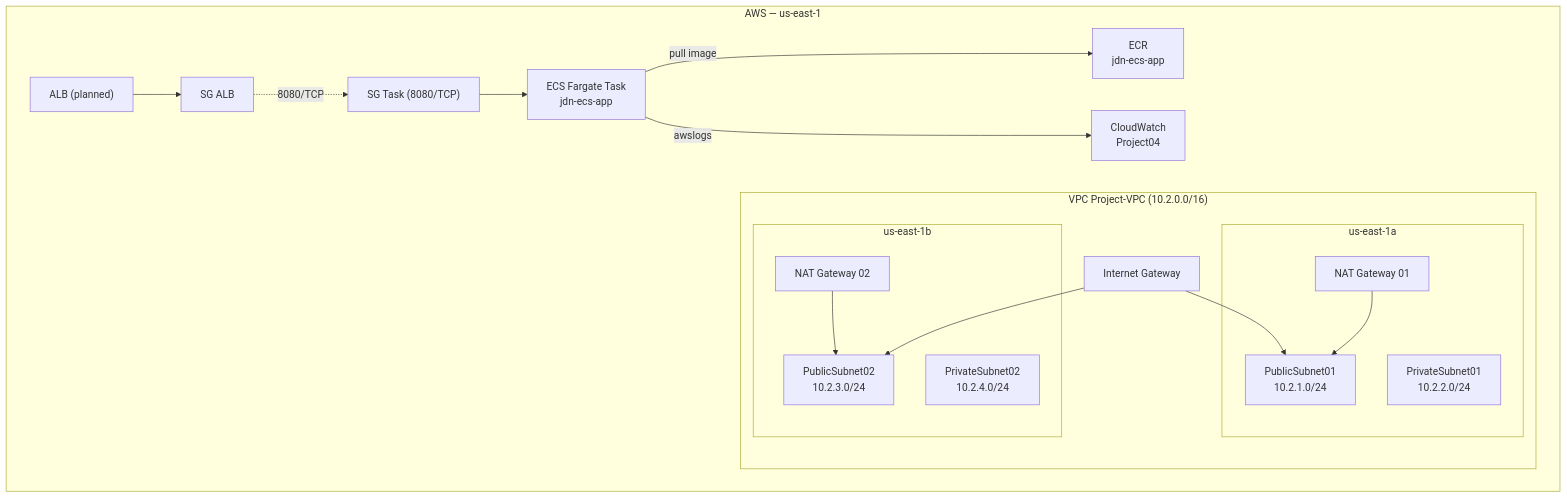
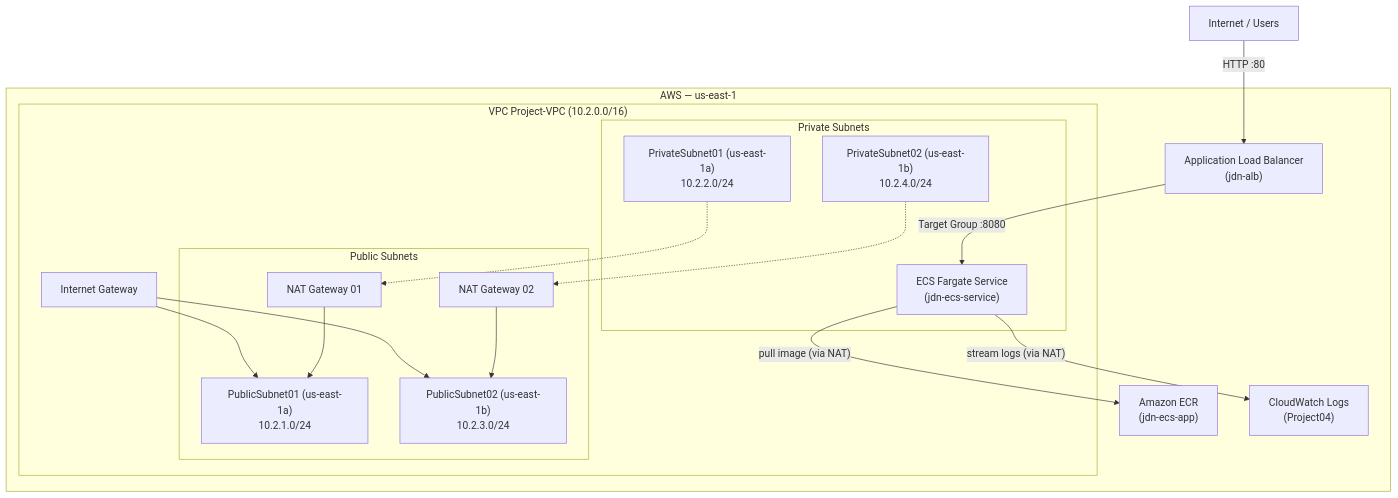
One commit to LucasJdn/aws-terraform-ecs-fargate changed the diagram in README.md. Above: the diagram before and after it, drawn with Mermaid. The commit also changed other lines of this file and 4 other files, not shown here.

Commit message:
feat: add ECS Fargate service resource and wire network, security, and load balancer dependencies

````diff
--- a/README.md
+++ b/README.md
@@ -30,34 +27,35 @@
 ```mermaid
 graph TD
+    Client["Internet / Users"] -->|"HTTP :80"| ALB["Application Load Balancer<br/>(jdn-alb)"]
+
     subgraph AWS["AWS — us-east-1"]
         subgraph VPC["VPC Project-VPC (10.2.0.0/16)"]
             IGW["Internet Gateway"]
-            subgraph AZa["us-east-1a"]
-                Pub1["PublicSubnet01<br/>10.2.1.0/24"]
-                Priv1["PrivateSubnet01<br/>10.2.2.0/24"]
+
+            subgraph PublicSubnets["Public Subnets"]
+                Pub1["PublicSubnet01 (us-east-1a)<br/>10.2.1.0/24"]
+                Pub2["PublicSubnet02 (us-east-1b)<br/>10.2.3.0/24"]
                 NAT1["NAT Gateway 01"]
+                NAT2["NAT Gateway 02"]
             end
-            subgraph AZb["us-east-1b"]
-                Pub2["PublicSubnet02<br/>10.2.3.0/24"]
-                Priv2["PrivateSubnet02<br/>10.2.4.0/24"]
-                NAT2["NAT Gateway 02"]
+
+            subgraph PrivateSubnets["Private Subnets"]
+                Priv1["PrivateSubnet01 (us-east-1a)<br/>10.2.2.0/24"]
+                Priv2["PrivateSubnet02 (us-east-1b)<br/>10.2.4.0/24"]
+                ECS_SVC["ECS Fargate Service<br/>(jdn-ecs-service)"]
             end
         end
 
-        ALB["ALB (planned)"]
-        SG_ALB["SG ALB"]
-        SG_TASK["SG Task (8080/TCP)"]
-        ECS["ECS Fargate Task<br/>jdn-ecs-app"]
-        ECR["ECR<br/>jdn-ecs-app"]
-        CW["CloudWatch<br/>Project04"]
+        ECR["Amazon ECR<br/>(jdn-ecs-app)"]
+        CW["CloudWatch Logs<br/>(Project04)"]
 
-        ALB --> SG_ALB
-        SG_ALB -.->|"8080/TCP"| SG_TASK
-        SG_TASK --> ECS
-        ECS -->|"pull image"| ECR
-        ECS -->|"awslogs"| CW
+        ALB -->|"Target Group :8080"| ECS_SVC
+        ECS_SVC -->|"pull image (via NAT)"| ECR
+        ECS_SVC -->|"stream logs (via NAT)"| CW
         IGW --> Pub1 & Pub2
         NAT1 --> Pub1
         NAT2 --> Pub2
+        Priv1 -.-> NAT1
+        Priv2 -.-> NAT2
     end
 ```
````
